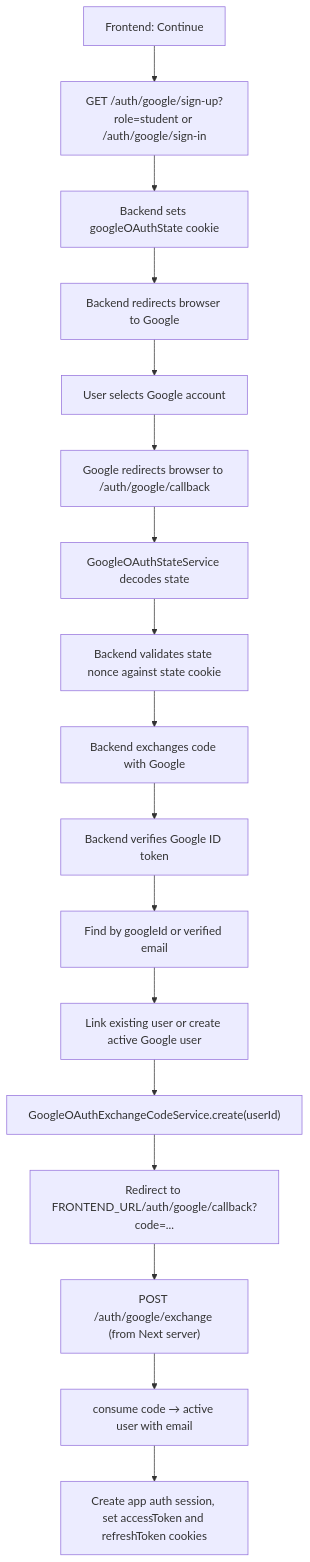
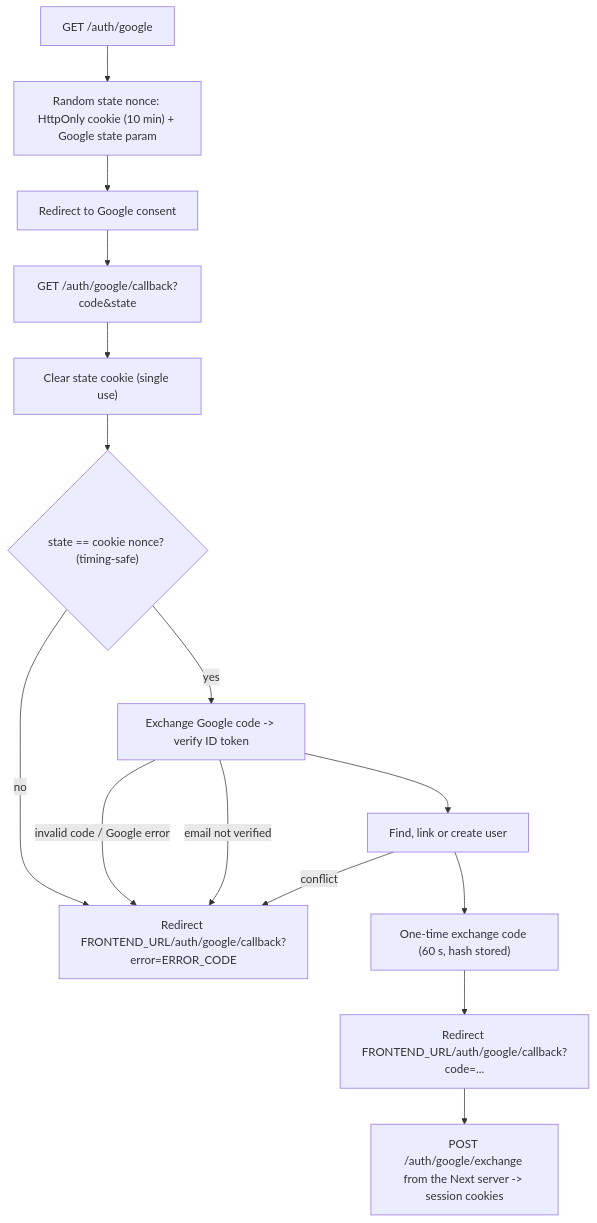
One commit to KaterynaKocheharova/Practice-app changed the diagram in back/docs/auth/google-oauth-flow.md. Above: the diagram before and after it, drawn with Mermaid. The commit also changed other lines of this file and 101 other files, not shown here.

Commit message:
complete frontend auth flow update: leave google oauth only & add onboarding flows

````diff
--- a/back/docs/auth/google-oauth-flow.md
+++ b/back/docs/auth/google-oauth-flow.md
@@ -91,19 +19,18 @@
 ```mermaid
 flowchart TD
-  Button["Frontend: Continue"] --> Start["GET /auth/google/sign-up?role=student or /auth/google/sign-in"]
-  Start --> StateCookie["Backend sets googleOAuthState cookie"]
-  StateCookie --> Google["Backend redirects browser to Google"]
-  Google --> Consent["User selects Google account"]
-  Consent --> Callback["Google redirects browser to /auth/google/callback"]
-  Callback --> StateFacade["GoogleOAuthStateService decodes state"]
-  StateFacade --> StateCheck["Backend validates state nonce against state cookie"]
-  StateCheck --> TokenExchange["Backend exchanges code with Google"]
-  TokenExchange --> IdToken["Backend verifies Google ID token"]
-  IdToken --> User["Find by googleId or verified email"]
-  User --> LinkOrCreate["Link existing user or create active Google user"]
-  LinkOrCreate --> Code["GoogleOAuthExchangeCodeService.create(userId)"]
-  Code --> Redirect["Redirect to FRONTEND_URL/auth/google/callback?code=..."]
-  Redirect --> Exchange["POST /auth/google/exchange (from Next server)"]
-  Exchange --> Consume["consume code → active user with email"]
-  Consume --> Session["Create app auth session, set accessToken and refreshToken cookies"]
+  Start["GET /auth/google"] --> StateCookie["Random state nonce: HttpOnly cookie (10 min) + Google state param"]
+  StateCookie --> Google["Redirect to Google consent"]
+  Google --> Callback["GET /auth/google/callback?code&state"]
+  Callback --> Clear["Clear state cookie (single use)"]
+  Clear --> State{"state == cookie nonce? (timing-safe)"}
+  State -->|no| Fail
+  State -->|yes| Token["Exchange Google code -> verify ID token"]
+  Token -->|invalid code / Google error| Fail
+  Token -->|email not verified| Fail
+  Token --> User["Find, link or create user"]
+  User -->|conflict| Fail
+  User --> Code["One-time exchange code (60 s, hash stored)"]
+  Code --> Success["Redirect FRONTEND_URL/auth/google/callback?code=..."]
+  Fail["Redirect FRONTEND_URL/auth/google/callback?error=ERROR_CODE"]
+  Success --> Exchange["POST /auth/google/exchange from the Next server -> session cookies"]
 ```
````
